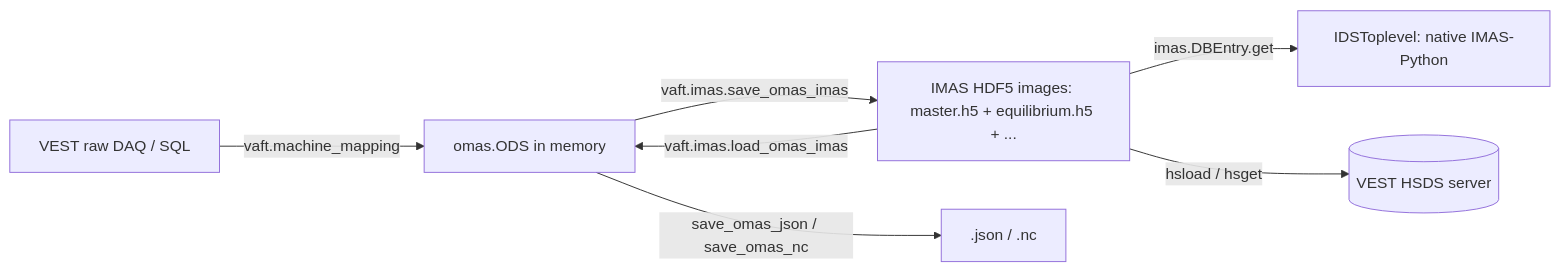
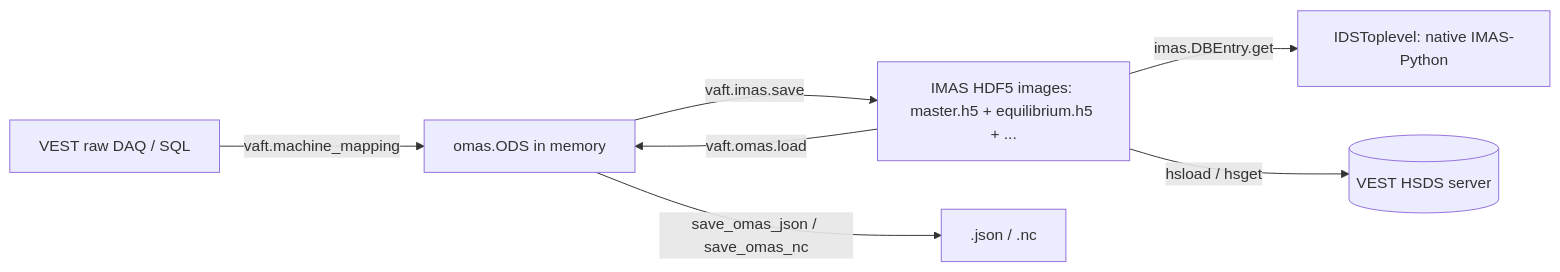
Before and after one commit to VEST-Tokamak/vaft: the diagram in docs/_guide/Data_structures.md, drawn with Mermaid. The commit also changed other lines of this file and 11 other files, not shown here.

````diff
--- a/docs/_guide/Data_structures.md
+++ b/docs/_guide/Data_structures.md
@@ -36,9 +36,9 @@
 ```mermaid
 flowchart LR
     RAW[VEST raw DAQ / SQL] -->|vaft.machine_mapping| ODS
-    ODS[omas.ODS in memory] -->|vaft.imas.save_omas_imas| H5[IMAS HDF5 images: master.h5 + equilibrium.h5 + ...]
-    H5 -->|vaft.imas.load_omas_imas| ODS
+    ODS[omas.ODS in memory] -->|vaft.imas.save| H5[IMAS HDF5 images: master.h5 + equilibrium.h5 + ...]
+    H5 -->|vaft.omas.load| ODS
     H5 -->|imas.DBEntry.get| IDS[IDSToplevel: native IMAS-Python]
     H5 -->|hsload / hsget| HSDS[(VEST HSDS server)]
     ODS -->|save_omas_json / save_omas_nc| FILES[.json / .nc]
 ```
````
